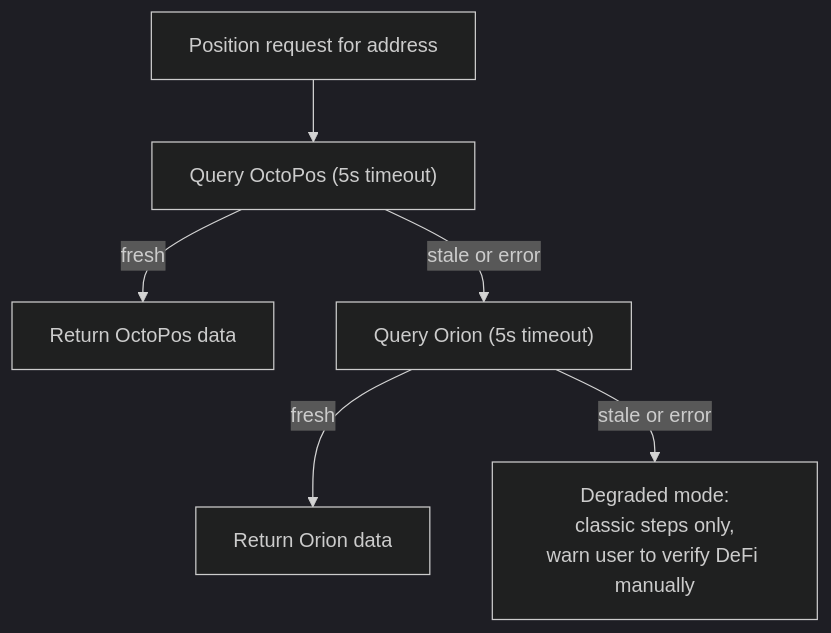
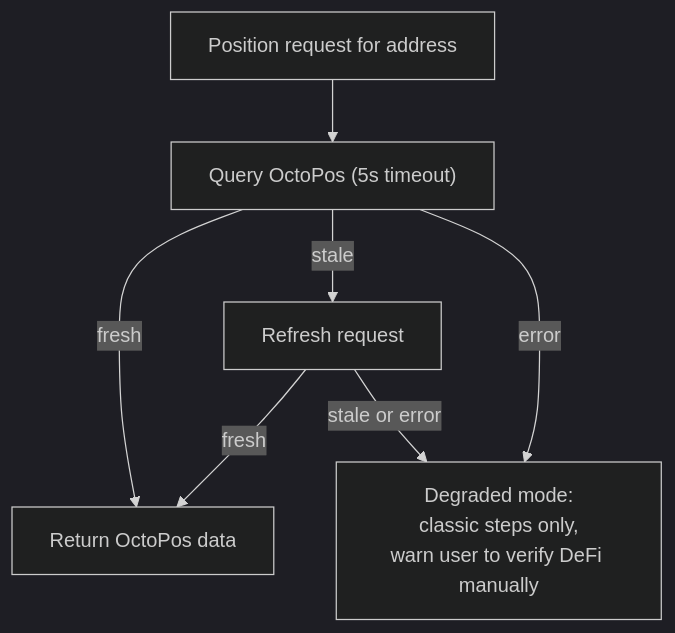
Before and after one commit to OscarGauss/lumenwipe: the fifth of 9 diagrams in docs/architecture.md, drawn with Mermaid (dark theme). The commit also changed other lines of this file and 12 other files, not shown here.

First line of the commit message:
docs: architecture revision (#12)

````diff
--- a/docs/architecture.md
+++ b/docs/architecture.md
@@ -285,8 +292,9 @@
 ```mermaid
 flowchart TB
     req["Position request for address"] --> octo["Query OctoPos (5s timeout)"]
     octo -->|"fresh"| ok1["Return OctoPos data"]
-    octo -->|"stale or error"| orion["Query Orion (5s timeout)"]
-    orion -->|"fresh"| ok2["Return Orion data"]
-    orion -->|"stale or error"| degraded["Degraded mode:<br/>classic steps only,<br/>warn user to verify DeFi manually"]
+    octo -->|"stale"| retry["Refresh request"]
+    retry -->|"fresh"| ok1
+    octo -->|"error"| degraded["Degraded mode:<br/>classic steps only,<br/>warn user to verify DeFi manually"]
+    retry -->|"stale or error"| degraded
 ```
````
